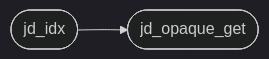
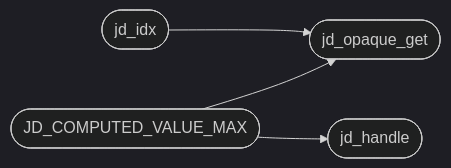
One commit to grisuno/FreeDom changed the diagram in readmenator-apidocs/modules/src.js_dom.c.md. Above: the diagram before and after it, drawn with Mermaid (dark theme). The commit also changed other lines of this file and 364 other files, not shown here.

First line of the commit message:
test: getComputedStyle real (hosts allow∩js)

````diff
--- a/readmenator-apidocs/modules/src.js_dom.c.md
+++ b/readmenator-apidocs/modules/src.js_dom.c.md
@@ -15,6 +15,10 @@
 ```mermaid
 flowchart LR
     n_src_js_dom_c__jd_idx(["jd_idx"])
     n_src_js_dom_c__jd_opaque_get(["jd_opaque_get"])
+    n_src_js_dom_c__JD_COMPUTED_VALUE_MAX(["JD_COMPUTED_VALUE_MAX"])
+    n_src_js_dom_c__jd_handle(["jd_handle"])
     n_src_js_dom_c__jd_idx --> n_src_js_dom_c__jd_opaque_get
+    n_src_js_dom_c__JD_COMPUTED_VALUE_MAX --> n_src_js_dom_c__jd_handle
+    n_src_js_dom_c__JD_COMPUTED_VALUE_MAX --> n_src_js_dom_c__jd_opaque_get
 ```
````
